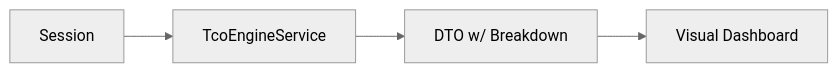
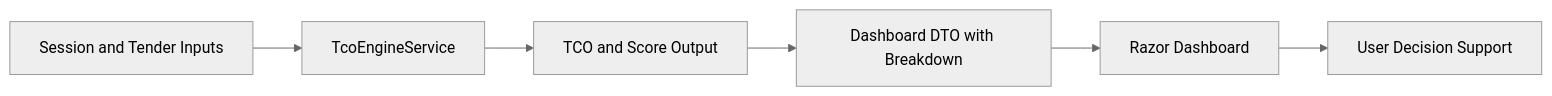
Before and after one commit to jonbach2012-design/PackagingTenderTool: the second of 2 diagrams in DEVELOPER_LOG.md, drawn with Mermaid (neutral theme). The commit also changed other lines of this file, not shown here.

````diff
--- a/DEVELOPER_LOG.md
+++ b/DEVELOPER_LOG.md
@@ -84,6 +392,8 @@
 ```mermaid
 flowchart LR
-    S[Session] --> E[TcoEngineService]
-    E --> D[DTO w/ Breakdown]
-    D --> V[Visual Dashboard]
+    S[Session and Tender Inputs] --> E[TcoEngineService]
+    E --> O[TCO and Score Output]
+    O --> D[Dashboard DTO with Breakdown]
+    D --> R[Razor Dashboard]
+    R --> U[User Decision Support]
 ```
````
